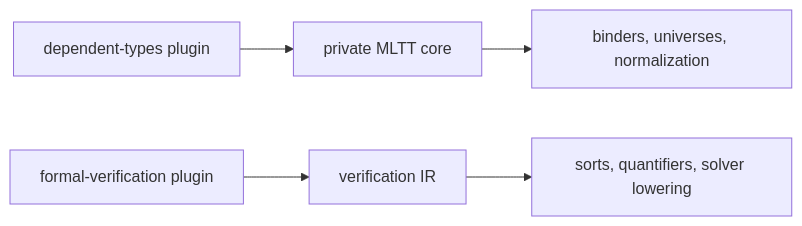
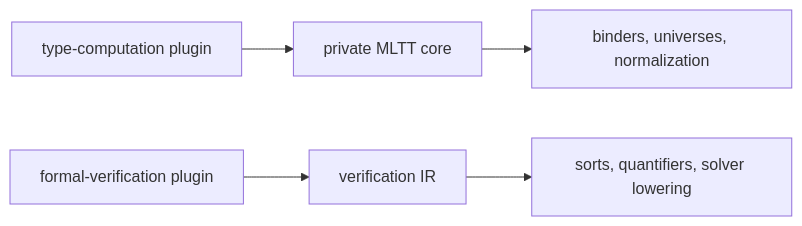
Before and after one commit to tspp-lang/tspp: the third of 3 diagrams in docs/plugin-framework.md, drawn with Mermaid. The commit also changed other lines of this file and 60 other files, not shown here.

First line of the commit message:
refactor(type-computation)!: absorb dependent types into one type-level language

````diff
--- a/docs/plugin-framework.md
+++ b/docs/plugin-framework.md
@@ -213,7 +213,7 @@
 ```mermaid
 flowchart LR
-    Dependent[dependent-types plugin] --> MLTT[private MLTT core]
+    Dependent[type-computation plugin] --> MLTT[private MLTT core]
     Verification[formal-verification plugin] --> SMT[verification IR]
     MLTT --> Terms[binders, universes, normalization]
     SMT --> Formulas[sorts, quantifiers, solver lowering]
 ```
````
